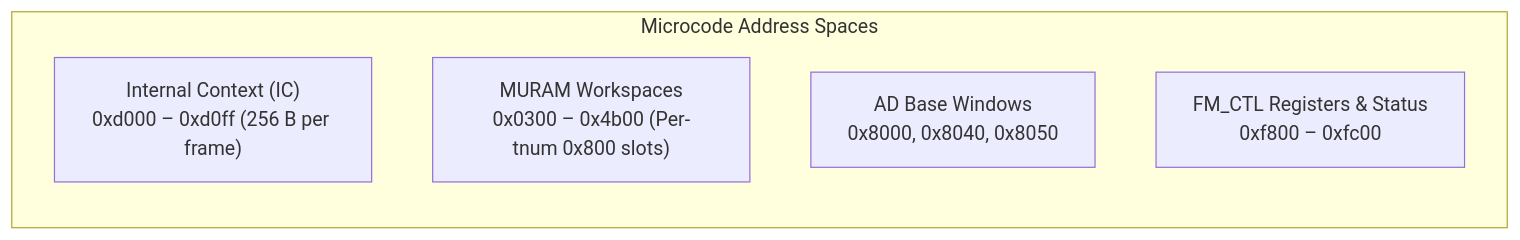
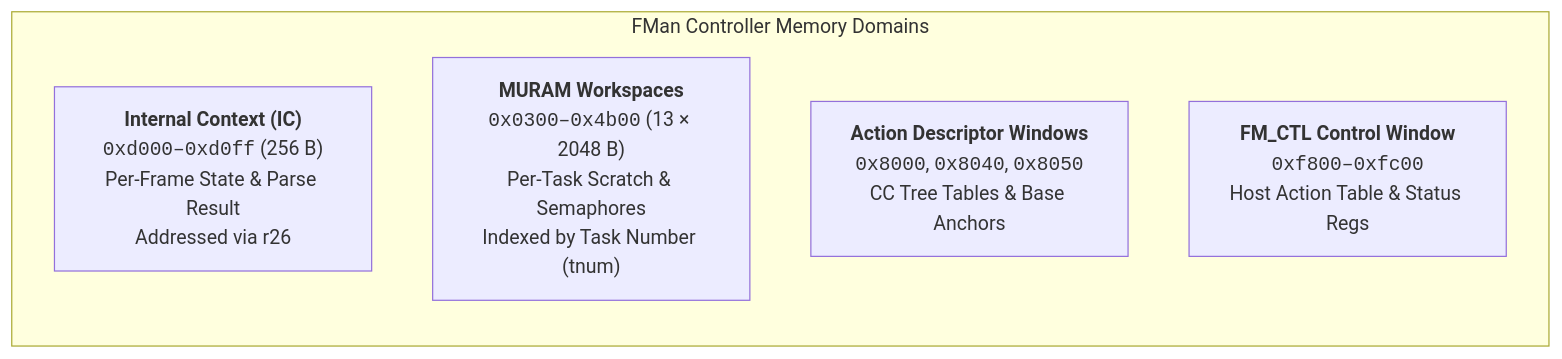
The second of 15 diagrams in arch/fman-microcode-210-full-reference.md (mihakralj/vyos-ls1046a-build), drawn with Mermaid before and after one commit. The commit also changed other lines of this file and 28 other files, not shown here.

````diff
--- a/arch/fman-microcode-210-full-reference.md
+++ b/arch/fman-microcode-210-full-reference.md
@@ -52,10 +127,10 @@
 ```mermaid
-flowchart TB
-    subgraph AddressSpaces [Microcode Address Spaces]
+flowchart LR
+    subgraph Windows [FMan Controller Memory Domains]
         direction TB
-        IC["Internal Context (IC)<br/>0xd000 – 0xd0ff (256 B per frame)"]
-        MURAM["MURAM Workspaces<br/>0x0300 – 0x4b00 (Per-tnum 0x800 slots)"]
-        WIN["AD Base Windows<br/>0x8000, 0x8040, 0x8050"]
-        CTL["FM_CTL Registers & Status<br/>0xf800 – 0xfc00"]
+        IC["<b>Internal Context (IC)</b><br/><code>0xd000–0xd0ff</code> (256 B)<br/>Per-Frame State & Parse Result<br/>Addressed via r26"]
+        MURAM["<b>MURAM Workspaces</b><br/><code>0x0300–0x4b00</code> (13 × 2048 B)<br/>Per-Task Scratch & Semaphores<br/>Indexed by Task Number (tnum)"]
+        AD_WIN["<b>Action Descriptor Windows</b><br/><code>0x8000</code>, <code>0x8040</code>, <code>0x8050</code><br/>CC Tree Tables & Base Anchors"]
+        CTL_WIN["<b>FM_CTL Control Window</b><br/><code>0xf800–0xfc00</code><br/>Host Action Table & Status Regs"]
     end
 ```
````
